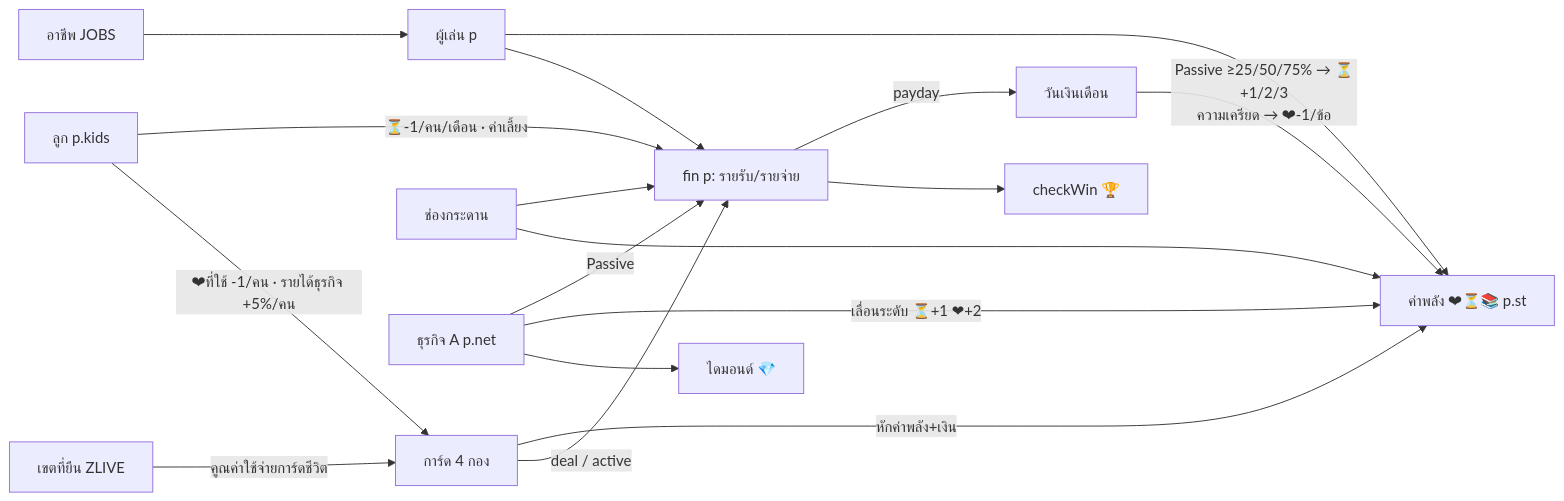
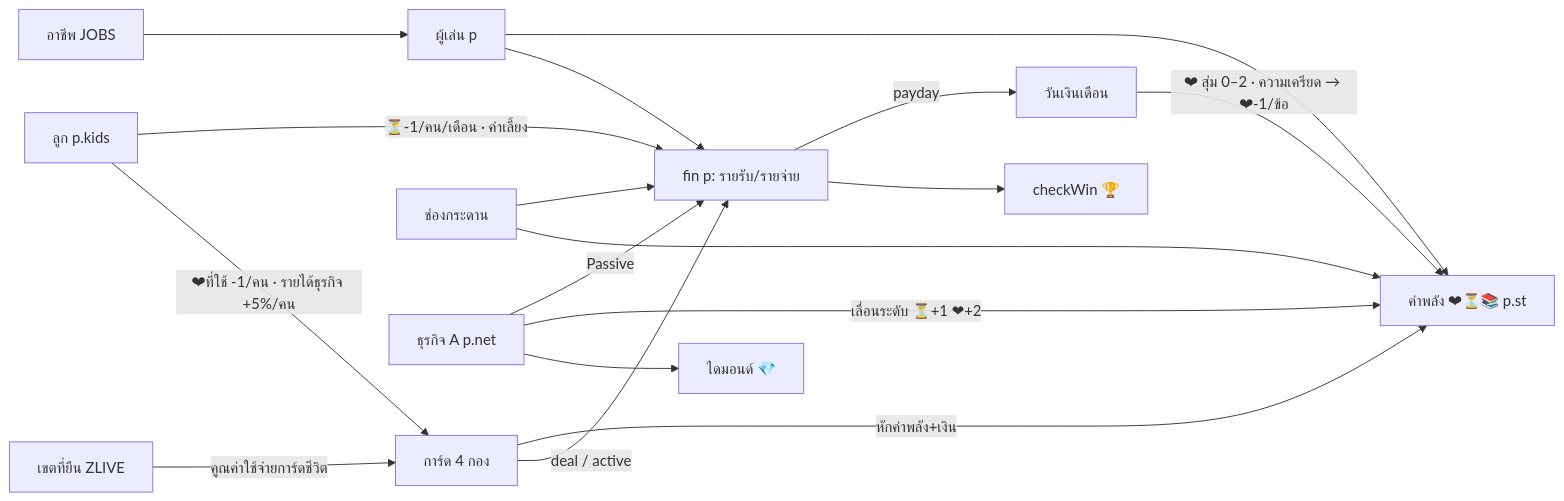
Before and after one commit to gang13th-9799/financegame: the second of 2 diagrams in graphify.md, drawn with Mermaid. The commit also changed other lines of this file and 1 other file, not shown here.

Commit message:
หัวใจวันเงินเดือนสุ่ม 0-2 · โบนัสเวลาจาก Passive ได้ทุกเทิร์น
Claude-Session: https://claude.ai/code/session_017ecwu1Z3RHFNJu41MNHTaF

````diff
--- a/graphify.md
+++ b/graphify.md
@@ -32,19 +32,19 @@
 ```mermaid
 flowchart LR
   JOB[อาชีพ JOBS] --> P[ผู้เล่น p]
   P --> ST[ค่าพลัง ❤⏳📚 p.st]
   P --> FIN[fin p: รายรับ/รายจ่าย]
   CARDS[การ์ด 4 กอง] -->|หักค่าพลัง+เงิน| ST
   CARDS -->|deal / active| FIN
   BOARD[ช่องกระดาน] --> FIN
   BOARD --> ST
   KIDS[ลูก p.kids] -->|⏳-1/คน/เดือน · ค่าเลี้ยง| FIN
   KIDS -->|❤ที่ใช้ -1/คน · รายได้ธุรกิจ +5%/คน| CARDS
   NET[ธุรกิจ A p.net] -->|Passive| FIN
   NET -->|เลื่อนระดับ ⏳+1 ❤+2| ST
   FIN -->|payday| PAY[วันเงินเดือน]
-  PAY -->|Passive ≥25/50/75% → ⏳+1/2/3<br/>ความเครียด → ❤-1/ข้อ| ST
+  PAY -->|❤ สุ่ม 0–2 · ความเครียด → ❤-1/ข้อ| ST
   ZONE[เขตที่ยืน ZLIVE] -->|คูณค่าใช้จ่ายการ์ดชีวิต| CARDS
   FIN --> WIN[checkWin 🏆]
   NET --> WIN2[ไดมอนด์ 💎]
 ```
````
